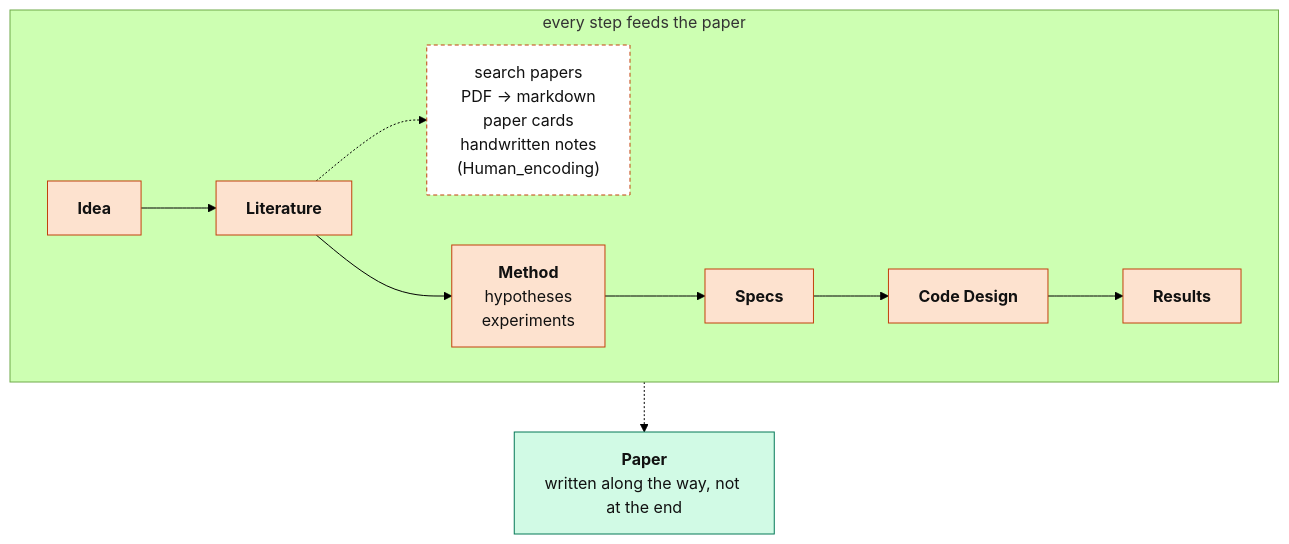
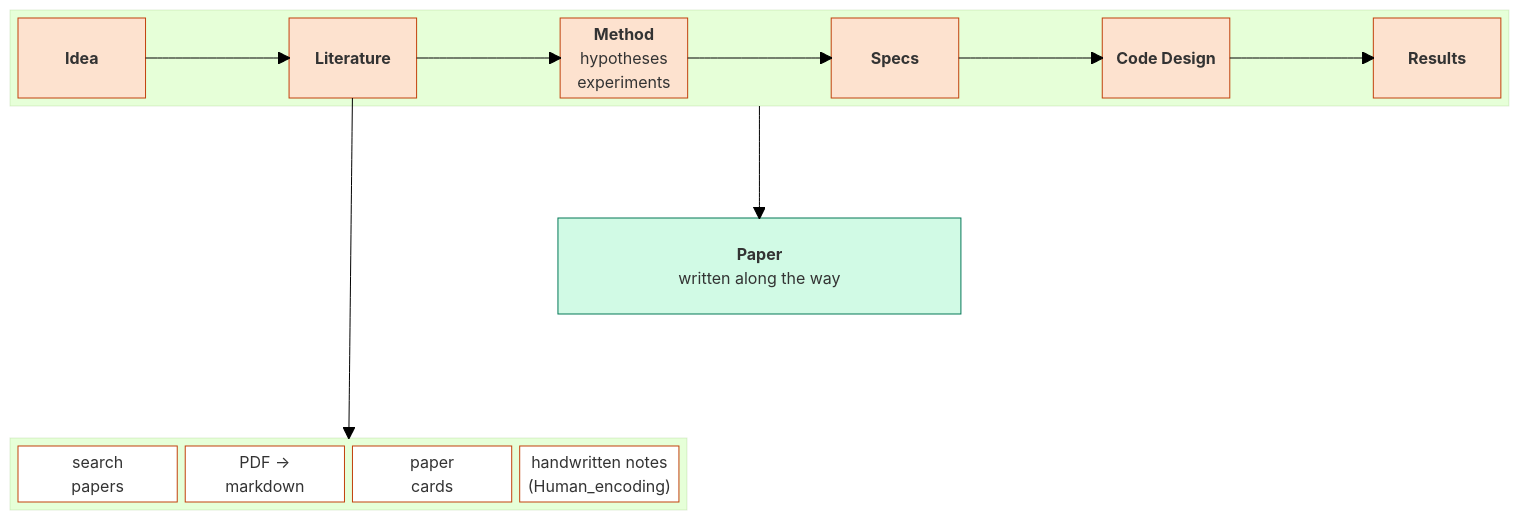
One commit to LeonardoSani/OmniFrame changed the diagram in README.md. Above: the diagram before and after it, drawn with Mermaid (forest theme).

Commit message:
High-level diagram: Literature expands in a row below the paper

````diff
--- a/README.md
+++ b/README.md
@@ -12,20 +12,30 @@
 ```mermaid
-flowchart TB
+block-beta
+  columns 11
+  block:ROW:11
+    I["<b>Idea</b>"] space L["<b>Literature</b>"] space M["<b>Method</b><br/>hypotheses<br/>experiments"] space S["<b>Specs</b>"] space C["<b>Code Design</b>"] space R["<b>Results</b>"]
+  end
+  space:11
+  space:4 P["<b>Paper</b><br/>written along the way"]:3 space:4
+  space:11
+  block:LD:5
+    columns 4
+    e1["search<br/>papers"] e2["PDF →<br/>markdown"] e3["paper<br/>cards"] e4["handwritten notes<br/>(Human_encoding)"]
+  end
+  space:6
+
+  I --> L
+  L --> M
+  M --> S
+  S --> C
+  C --> R
+  ROW --> P
+  L --> LD
+
   classDef step fill:#fde2cf,stroke:#c2410c,color:#111
   classDef paper fill:#d1fae5,stroke:#047857,color:#111
-  classDef zoom fill:#fff,stroke:#c2410c,stroke-dasharray:4 3,color:#111
-
-  subgraph W["every step feeds the paper"]
-    direction LR
-    X["search papers<br/>PDF → markdown<br/>paper cards<br/>handwritten notes<br/>(Human_encoding)"]:::zoom
-    I["<b>Idea</b>"]:::step --> L["<b>Literature</b>"]:::step
-    L --> M["<b>Method</b><br/>hypotheses<br/>experiments"]:::step
-    M --> S["<b>Specs</b>"]:::step
-    S --> C["<b>Code Design</b>"]:::step
-    C --> R["<b>Results</b>"]:::step
-    L -.-> X
-  end
-
-  W -.-> P
-  P["<b>Paper</b><br/>written along the way, not at the end"]:::paper
+  classDef zoom fill:#fff,stroke:#c2410c,color:#111
+  class I,L,M,S,C,R step
+  class P paper
+  class e1,e2,e3,e4 zoom
 ```
````
